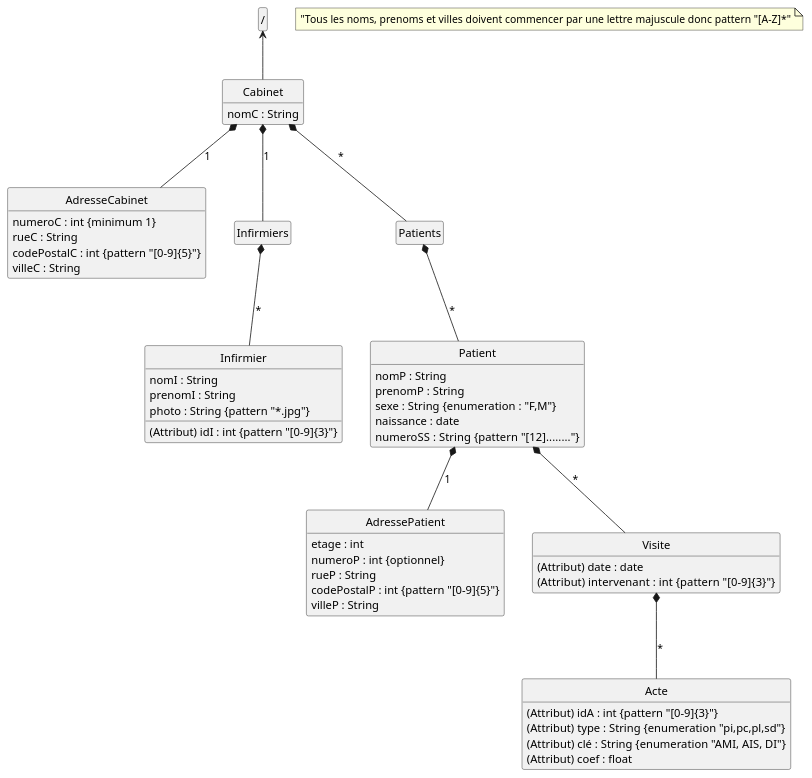
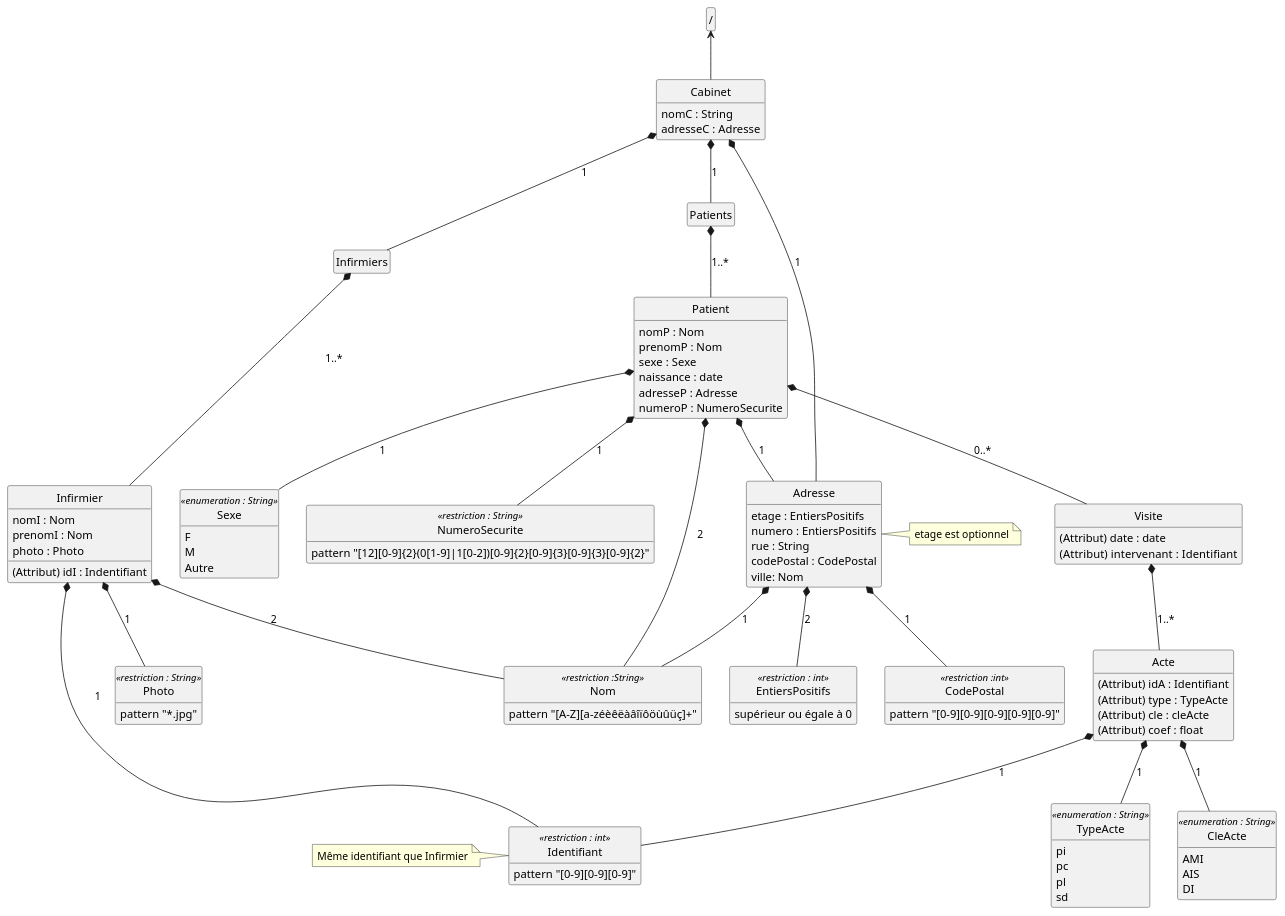
One commit to miaraosomaki/CabinetInfirmier changed the diagram in DATA/cabinetModel.puml. Above: the diagram before and after it, drawn with PlantUML. The commit also changed 1 other file, not shown here.

Commit message:
Diagramme plantUml

```diff
--- a/DATA/cabinetModel.puml
+++ b/DATA/cabinetModel.puml
@@ -1,74 +1,131 @@
 @startuml
 hide circle
 hide empty members
 
 class "/" as root
 
 class Cabinet {
     nomC : String 
+    adresseC : Adresse
 }
 
-class AdresseCabinet {
-    numeroC : int {minimum 1}
-    rueC : String 
-    codePostalC : int {pattern "[0-9]{5}"}
-    villeC : String
+class EntiersPositifs  <<restriction : int>>{
+    supérieur ou égale à 0
+}
+
+class CodePostal  << restriction :int>>{
+    pattern "[0-9][0-9][0-9][0-9][0-9]"
+}
+
+class Nom  << restriction :String >>{
+    pattern "[A-Z][a-zéèêëàâîïôöùûüç]+"
+
 }
 
 class Infirmiers {
 }
 
 class Infirmier {
-    (Attribut) idI : int {pattern "[0-9]{3}"}
-    nomI : String
-    prenomI : String
-    photo : String {pattern "*.jpg"}
+    (Attribut) idI : Indentifiant
+    nomI : Nom
+    prenomI : Nom
+    photo : Photo
+}
+
+class Identifiant  << restriction : int >>{
+    pattern "[0-9][0-9][0-9]"
+}
+
+class Photo << restriction : String>>{
+    pattern "*.jpg"
 }
 
 class Patients {
 }
 
 class Patient {
-    nomP : String
-    prenomP : String
-    sexe : String {enumeration : "F,M"}
+    nomP : Nom
+    prenomP : Nom
+    sexe : Sexe
     naissance : date
-    numeroSS : String  {pattern "[12]........"}
+    adresseP : Adresse
+    numeroP : NumeroSecurite
+}
+
+class Sexe << enumeration : String>>{
+    F
+    M
+    Autre
+}
+
+class NumeroSecurite << restriction : String >>{
+    pattern "[12][0-9]{2}(0[1-9]|1[0-2])[0-9]{2}[0-9]{3}[0-9]{3}[0-9]{2}"
 }
 
 
-class AdressePatient {
-    etage : int 
-    numeroP : int {optionnel}
-    rueP : String
-    codePostalP : int {pattern "[0-9]{5}"}
-    villeP : String
+class Adresse {
+    etage : EntiersPositifs 
+    numero : EntiersPositifs
+    rue : String
+    codePostal : CodePostal
+    ville: Nom
 }
 
 class Visite {
     (Attribut) date : date 
-    (Attribut) intervenant :  int {pattern "[0-9]{3}"}
+    (Attribut) intervenant :  Identifiant
 }
 
 class Acte {
-    (Attribut) idA : int {pattern "[0-9]{3}"}
-    (Attribut) type : String {enumeration "pi,pc,pl,sd"}
-    (Attribut) clé : String {enumeration "AMI, AIS, DI"}
+    (Attribut) idA : Identifiant
+    (Attribut) type : TypeActe
+    (Attribut) cle : cleActe
     (Attribut) coef : float
 }
 
+class TypeActe <<enumeration : String>> {
+    pi
+    pc
+    pl
+    sd
+}
+
+class CleActe <<enumeration : String>> {
+    AMI
+    AIS
+    DI
+}
+
+
 root <-- Cabinet
-Cabinet *-- AdresseCabinet : 1
+Cabinet *-- Adresse : 1
 Cabinet *-- Infirmiers : 1
-Cabinet *-- Patients : *
-Infirmiers *-- Infirmier : *
-Patients *-- Patient : *
-Patient *-- AdressePatient : 1
-Patient *-- Visite : *
-Visite *-- Acte : *
+Cabinet *-- Patients : 1
 
-note as N1
-"Tous les noms, prenoms et villes doivent commencer par une lettre majuscule donc pattern "[A-Z]*"
-end note
+Adresse *-- EntiersPositifs : 2
+Adresse *-- CodePostal : 1
+Adresse *-- Nom : 1
+note right of Adresse : etage est optionnel 
+
+Infirmiers *-- Infirmier : 1..*
+Infirmier *-- Nom : 2
+Infirmier *-- Identifiant : 1
+Infirmier *-- Photo : 1
+
+Patients *-- Patient : 1..*
+Patient *-- Adresse : 1
+Patient *-- Visite : 0..*
+Patient *-- Nom : 2
+Patient *-- Sexe : 1
+Patient *-- NumeroSecurite : 1
+
+Visite *-- Acte : 1..*
+
+Acte *-- TypeActe : 1
+Acte *-- CleActe : 1
+Acte *-- Identifiant : 1
+note left of Identifiant : Même identifiant que Infirmier
+
+
 
 @enduml
```
